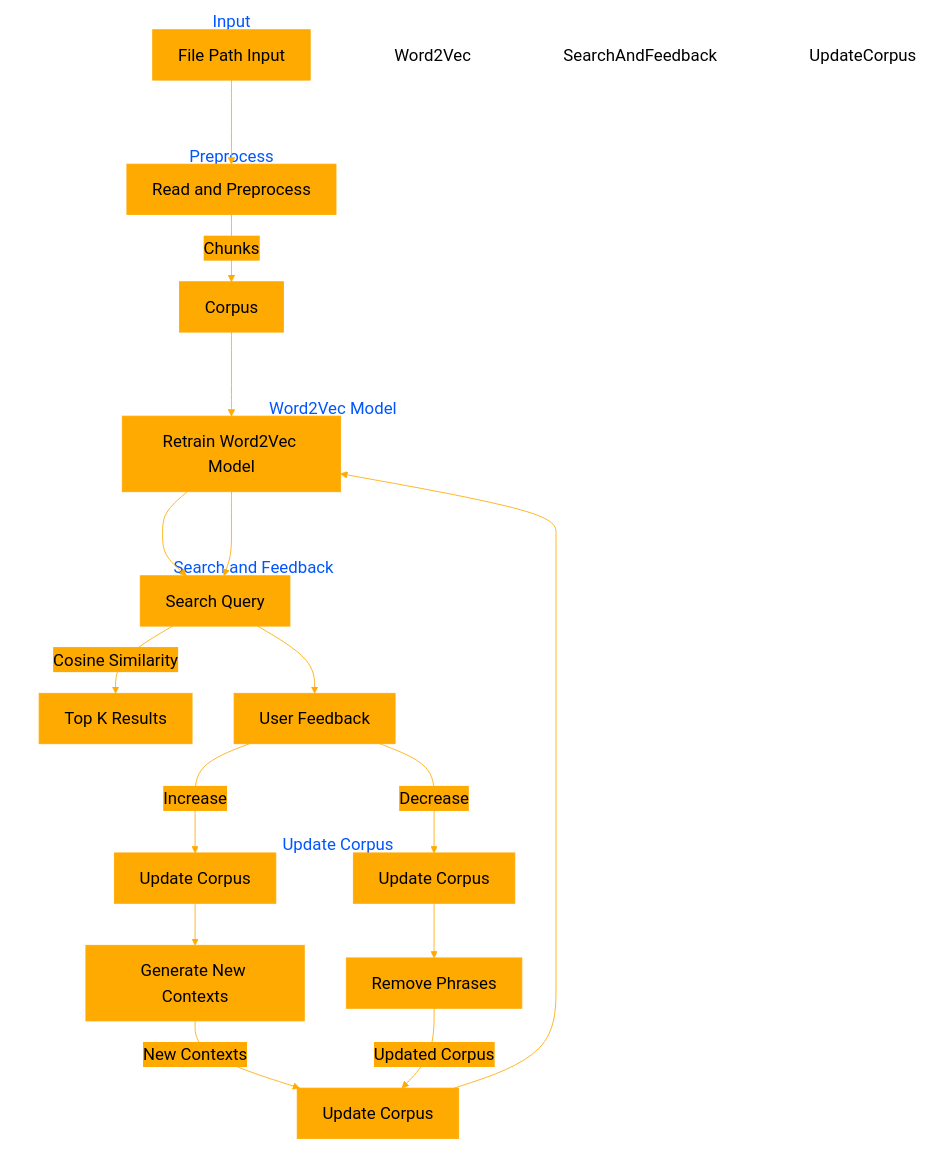
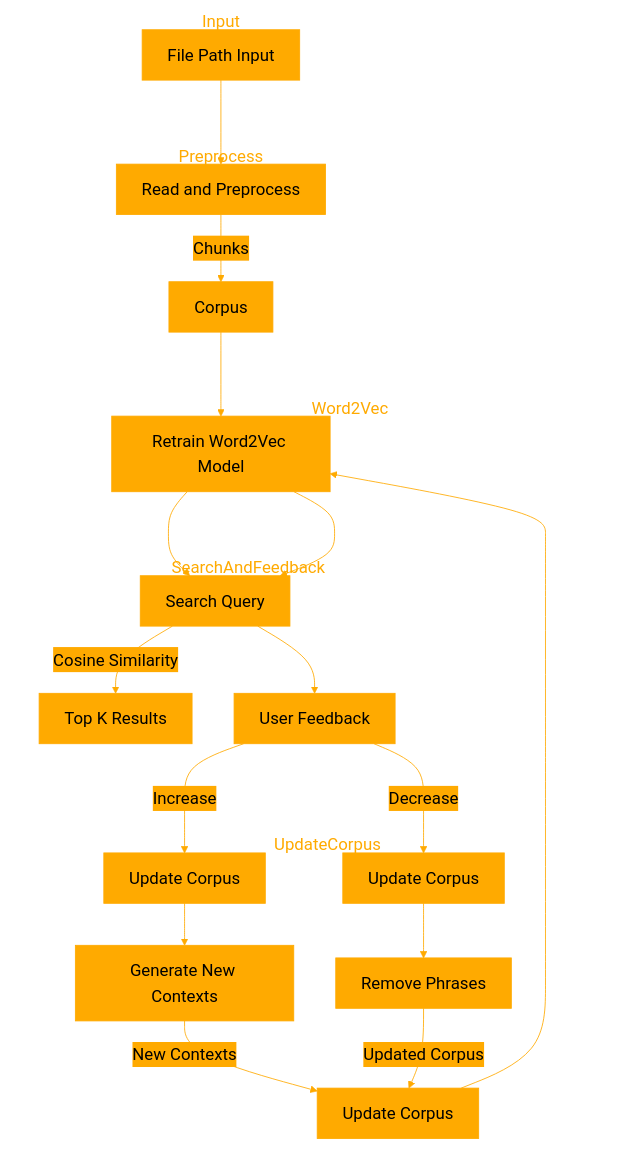
Before and after one commit to EveryOneIsGross/thought2VEC: the diagram in README.md, drawn with Mermaid.

````diff
--- a/README.md
+++ b/README.md
@@ -38,54 +38,59 @@
 ```mermaid
 %%{init: {'theme': 'base', 'themeVariables': { 'primaryColor': '#ffaa00', 'primaryTextColor': '#000000', 'primaryBorderColor': '#ffaa00', 'lineColor': '#ffaa00', 'secondaryColor': '#ffaa00', 'tertiaryColor': '#ffaa00', 'clusterBkg': 'none', 'clusterBorder': 'none', 'fontSize': '20px'}}}%%
 graph TD
     style Input fill:none,stroke:none
     style Preprocess fill:none,stroke:none
     style Word2Vec fill:none,stroke:none
     style SearchAndFeedback fill:none,stroke:none
     style UpdateCorpus fill:none,stroke:none
     A[File Path Input] --> B[Read and Preprocess]
     B -->|Chunks| C[Corpus]
     C --> D[Train Word2Vec Model]
     D --> E[Search Query]
     E -->|Cosine Similarity| F[Top K Results]
 
     E --> G[User Feedback]
     G -->|Increase| H[Update Corpus]
     G -->|Decrease| I[Update Corpus]
     
     H --> J[Generate New Contexts]
     I --> K[Remove Phrases]
     
     J -->|New Contexts| L[Update Corpus]
     K -->|Updated Corpus| L
     
     L --> D[Retrain Word2Vec Model]
     D --> E
 
-    subgraph Input
+ subgraph Input
+        style Input fill:none,stroke:none,color:#ffaa00
         A
     end
 
     subgraph Preprocess
+        style Preprocess fill:none,stroke:none,color:#ffaa00
         B
         C
     end
 
-    subgraph Word2Vec Model
+    subgraph Word2Vec
+        style Word2Vec fill:none,stroke:none,color:#ffaa00
         D
     end
 
-    subgraph Search and Feedback
+    subgraph SearchAndFeedback
+        style SearchAndFeedback fill:none,stroke:none,color:#ffaa00
         E
         F
         G
     end
 
-    subgraph Update Corpus
+    subgraph UpdateCorpus
+        style UpdateCorpus fill:none,stroke:none,color:#ffaa00
         H
         I
         J
         K
         L
     end
 ```
````
